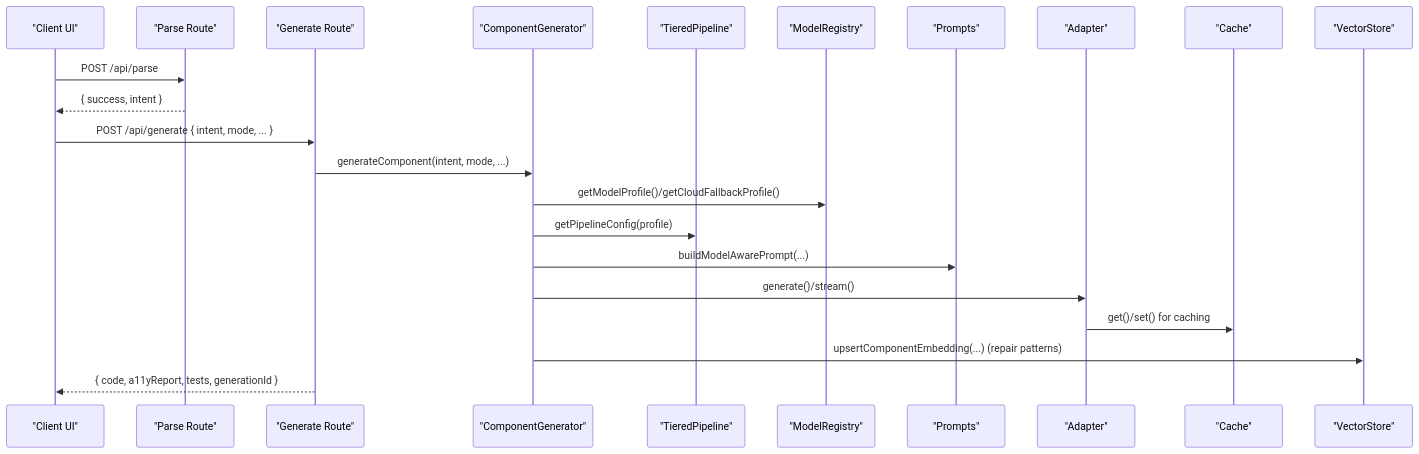
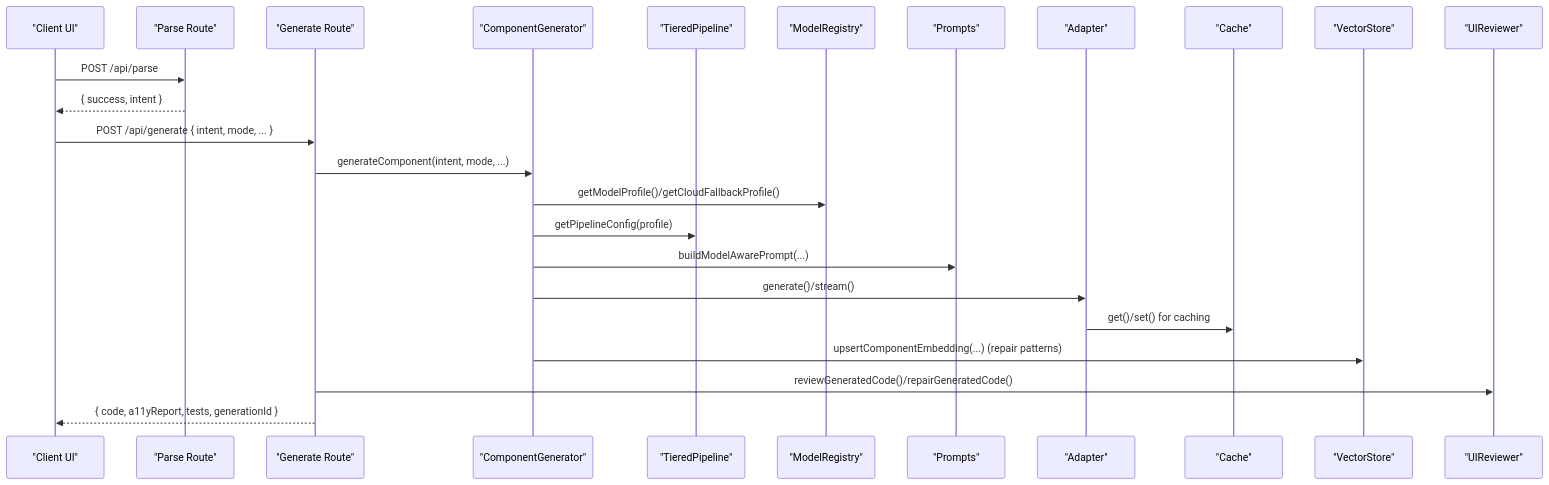
One commit to shekhargiri005-dotcom/AI-powered-accessibility-first-UI-engine changed the second of 8 diagrams in .qoder/repowiki/en/content/Architecture & Design/Design Patterns/Pipeline Pattern.md. Above: the diagram before and after it, drawn with Mermaid. The commit also changed other lines of this file and 38 other files, not shown here.

````diff
--- a/.qoder/repowiki/en/content/Architecture & Design/Design Patterns/Pipeline Pattern.md
+++ b/.qoder/repowiki/en/content/Architecture & Design/Design Patterns/Pipeline Pattern.md
@@ -124,24 +136,26 @@
 ```mermaid
 sequenceDiagram
 participant Client as "Client UI"
 participant Parse as "Parse Route"
 participant Gen as "Generate Route"
 participant CG as "ComponentGenerator"
 participant Tier as "TieredPipeline"
 participant MR as "ModelRegistry"
 participant Prompt as "Prompts"
 participant Adapter as "Adapter"
 participant Cache as "Cache"
 participant Vec as "VectorStore"
+participant Review as "UIReviewer"
 Client->>Parse : POST /api/parse
 Parse-->>Client : { success, intent }
 Client->>Gen : POST /api/generate { intent, mode, ... }
 Gen->>CG : generateComponent(intent, mode, ...)
 CG->>MR : getModelProfile()/getCloudFallbackProfile()
 CG->>Tier : getPipelineConfig(profile)
 CG->>Prompt : buildModelAwarePrompt(...)
 CG->>Adapter : generate()/stream()
 Adapter->>Cache : get()/set() for caching
 CG->>Vec : upsertComponentEmbedding(...) (repair patterns)
+Gen->>Review : reviewGeneratedCode()/repairGeneratedCode()
 Gen-->>Client : { code, a11yReport, tests, generationId }
 ```
````
